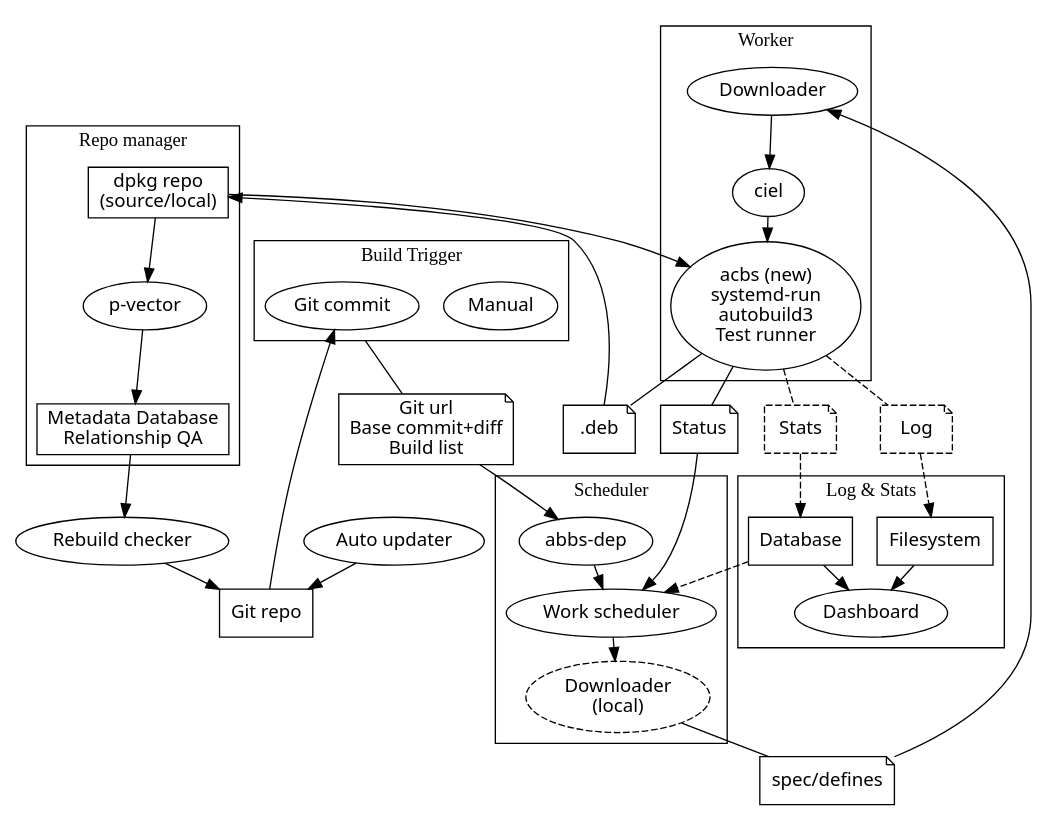
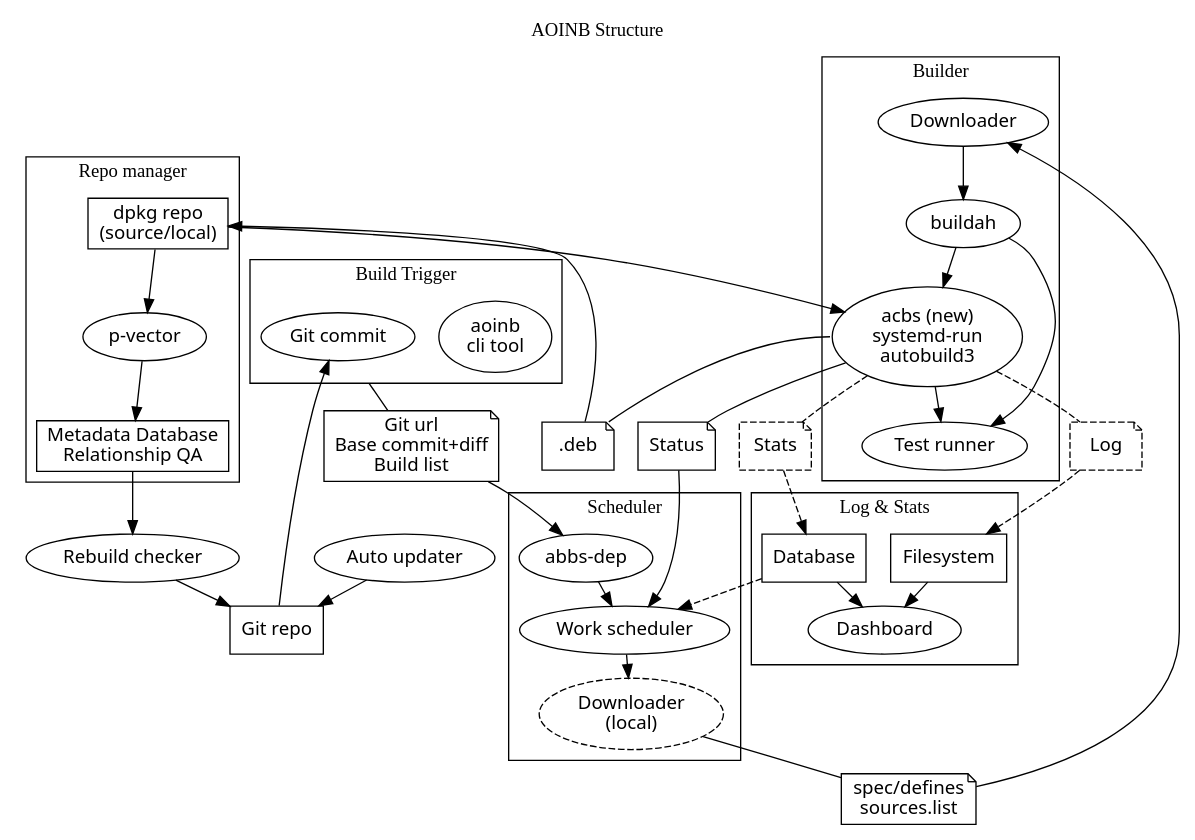
The diagram in docs/aoinb.dot (AOSC-Archive/aoinb), drawn with Graphviz before and after one commit. The commit also changed 2 other files, not shown here.

Commit message:
rename worker to builder

```diff
--- a/docs/aoinb.dot
+++ b/docs/aoinb.dot
@@ -1,87 +1,92 @@
 digraph {
+    labelloc="t";
+    label="AOINB Structure";
     //graph [pad="0.5", nodesep="0.25", ranksep="0.25"];
     graph [ranksep="0.25", compound=true];
     edge [fontname="sans"];
     node [fontname="sans"];
 
     rebuild[label="Rebuild checker"];
     update[label="Auto updater"];
     git_repo[shape=box,label="Git repo"];
 
     trg_sch[label="Git url\nBase commit+diff\nBuild list", shape="note"];
-    sch_wrk[label="spec/defines", shape="note"];
+    sch_wrk[label="spec/defines\nsources.list", shape="note"];
     wrk_ls_log[label="Log", shape="note", style="dashed"];
     wrk_ls_stats[label="Stats", shape="note", style="dashed"];
     wrk_sch[label="Status", shape="note"];
     wrk_repo[label=".deb", shape="note"];
 
     subgraph cluster_trigger {
         label="Build Trigger"
-        manual[label="Manual"];
+        manual[label="aoinb\ncli tool"];
         gitupd[label="Git commit"];
     };
 
     git_repo -> gitupd;
 
     subgraph cluster_scheduler {
         label="Scheduler"
         abbs_dep[label="abbs-dep"];
         scheduler[label="Work scheduler"];
         ldownloader[label="Downloader\n(local)", style="dashed"];
 
         abbs_dep -> scheduler;
         scheduler -> ldownloader;
     };
 
     gitupd -> trg_sch [ltail=cluster_trigger, dir="none"];
     trg_sch -> abbs_dep;
 
     subgraph cluster_worker {
-        label="Worker";
+        label="Builder";
         downloader[label="Downloader"];
-        ciel[label="ciel"];
-        acbs[label="acbs (new)\nsystemd-run\nautobuild3\nTest runner"];
+        buildah[label="buildah"];
+        acbs[label="acbs (new)\nsystemd-run\nautobuild3"];
+        abtest[label="Test runner"];
 
-        downloader -> ciel;
-        ciel -> acbs;
+        downloader -> buildah;
+        buildah -> acbs;
+        buildah -> abtest;
+        acbs -> abtest;
     };
 
     ldownloader -> sch_wrk[dir="none"];
     sch_wrk -> downloader;
     acbs -> wrk_sch[dir="none"];
     acbs -> wrk_ls_log[dir="none", style="dashed"];
     acbs -> wrk_ls_stats[dir="none", style="dashed"];
     wrk_sch -> scheduler;
 
     subgraph cluster_stats {
         label="Log & Stats"
         fs[label="Filesystem", shape="box"];
         db[label="Database", shape="box"];
         dashboard[label="Dashboard"];
 
         fs -> dashboard;
         db -> dashboard;
     };
 
     wrk_ls_log -> fs[style="dashed"];
     wrk_ls_stats -> db[style="dashed"];
     db -> scheduler[style="dashed"];
 
     subgraph cluster_repo {
         label="Repo manager"
         p_vector[label="p-vector"];
         metadata[label="Metadata Database\nRelationship QA", shape="box"];
         dpkg_repo[label="dpkg repo\n(source/local)", shape="box"];
 
         dpkg_repo -> p_vector;
         p_vector -> metadata;
     };
 
-    acbs -> wrk_repo[dir="none"];
+    acbs:w -> wrk_repo[dir="none"];
     wrk_repo -> dpkg_repo;
     dpkg_repo -> acbs
     metadata -> rebuild;
     rebuild -> git_repo;
     update -> git_repo;
     //rankdir=LR;
 }
```
